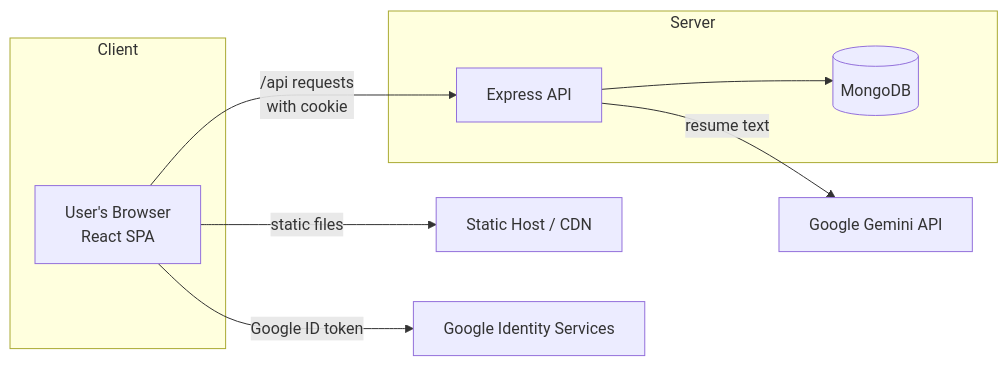
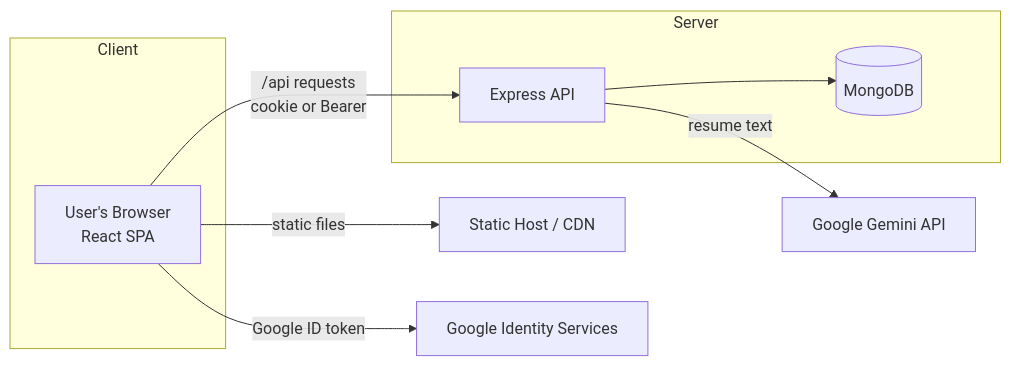
Before and after one commit to Sarvesh-Shelgaonkar/DSA-OWN: the first of 4 diagrams in docs/01-architecture.md, drawn with Mermaid. The commit also changed other lines of this file and 13 other files, not shown here.

````diff
--- a/docs/01-architecture.md
+++ b/docs/01-architecture.md
@@ -18,16 +20,16 @@
 ```mermaid
 flowchart LR
     U[User's Browser<br/>React SPA] -->|static files| CDN[Static Host / CDN]
-    U -->|/api requests<br/>with cookie| API[Express API]
+    U -->|/api requests<br/>cookie or Bearer| API[Express API]
     API --> DB[(MongoDB)]
     API -->|resume text| GEM[Google Gemini API]
     U -->|Google ID token| GIS[Google Identity Services]
 
     subgraph Client
       U
     end
     subgraph Server
       API
       DB
     end
 ```
````
